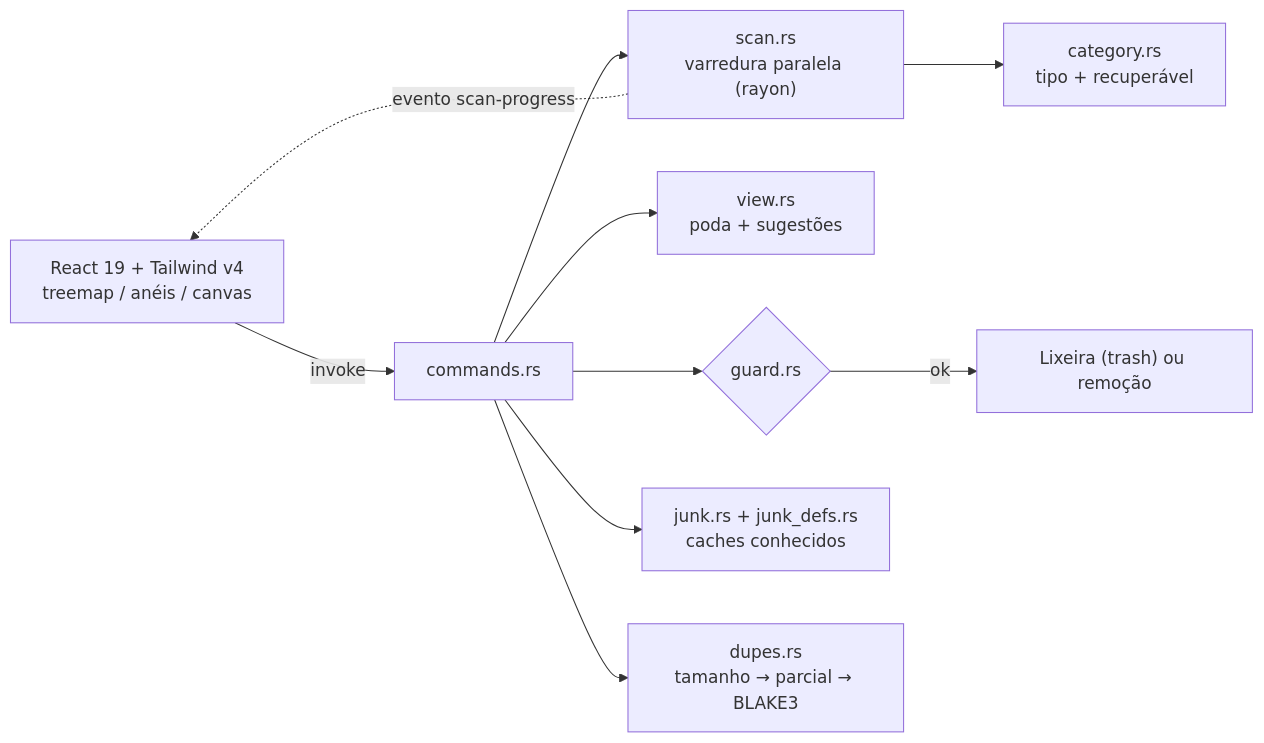
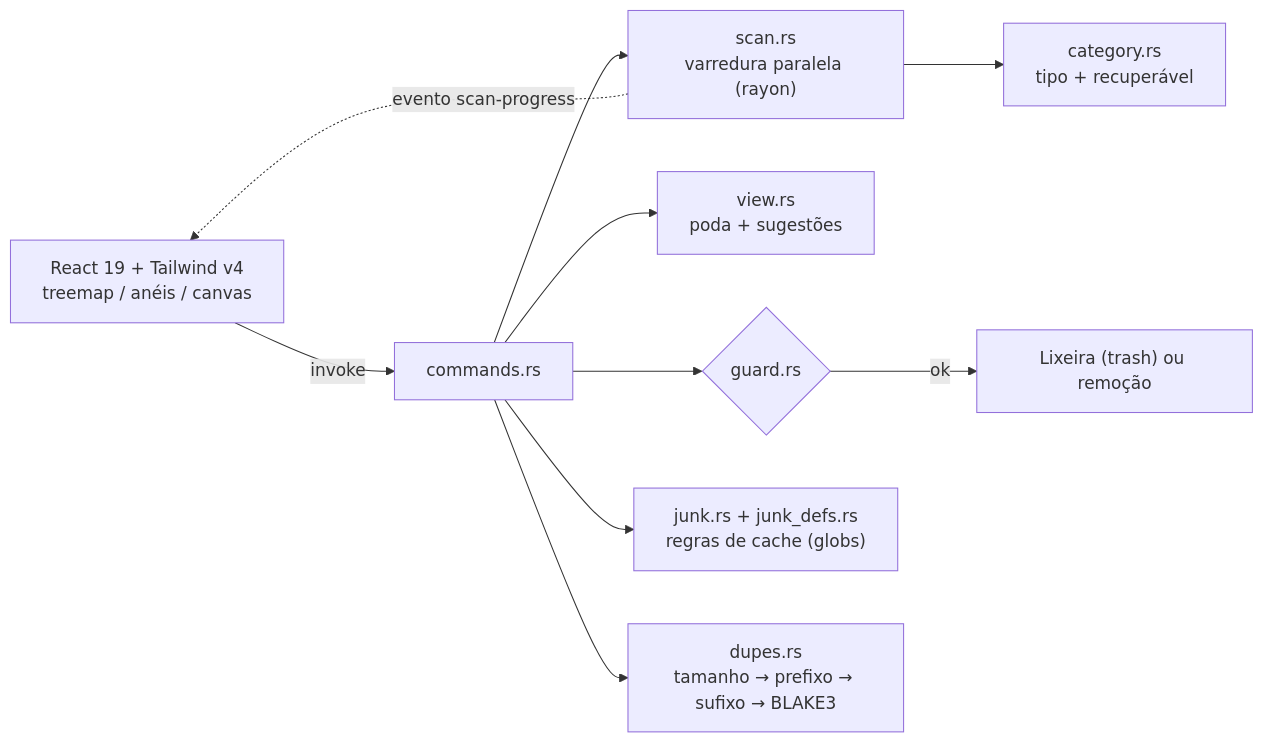
The first of 2 diagrams in README.md (juninmd/faxina), drawn with Mermaid before and after one commit. The commit also changed other lines of this file and 8 other files, not shown here.

````diff
--- a/README.md
+++ b/README.md
@@ -91,12 +91,12 @@
 ```mermaid
 flowchart LR
   UI["React 19 + Tailwind v4<br/>treemap / anéis / canvas"] -- invoke --> CMD["commands.rs"]
   CMD --> SCAN["scan.rs<br/>varredura paralela (rayon)"]
   SCAN --> CAT["category.rs<br/>tipo + recuperável"]
   CMD --> VIEW["view.rs<br/>poda + sugestões"]
   CMD --> GUARD{"guard.rs"}
   GUARD -- ok --> DEL["Lixeira (trash) ou remoção"]
-  CMD --> JUNK["junk.rs + junk_defs.rs<br/>caches conhecidos"]
-  CMD --> DUP["dupes.rs<br/>tamanho → parcial → BLAKE3"]
+  CMD --> JUNK["junk.rs + junk_defs.rs<br/>regras de cache (globs)"]
+  CMD --> DUP["dupes.rs<br/>tamanho → prefixo → sufixo → BLAKE3"]
   SCAN -. evento scan-progress .-> UI
 ```
````
